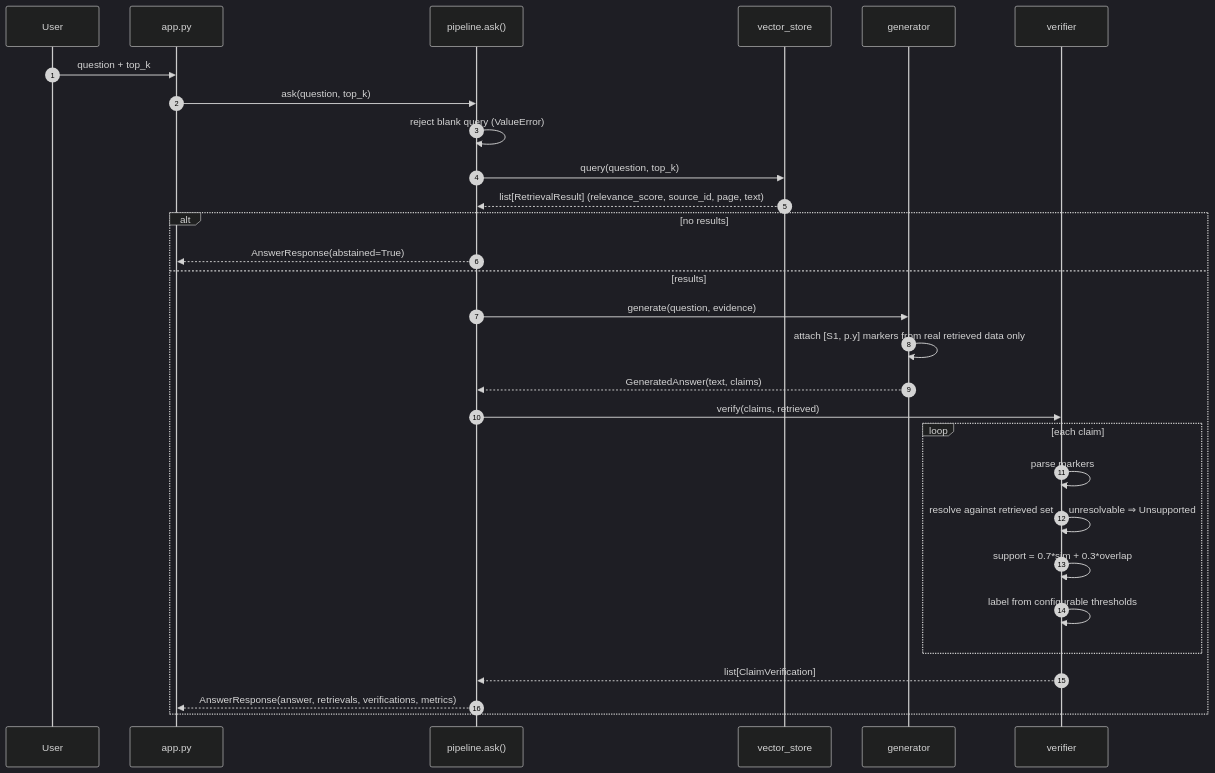
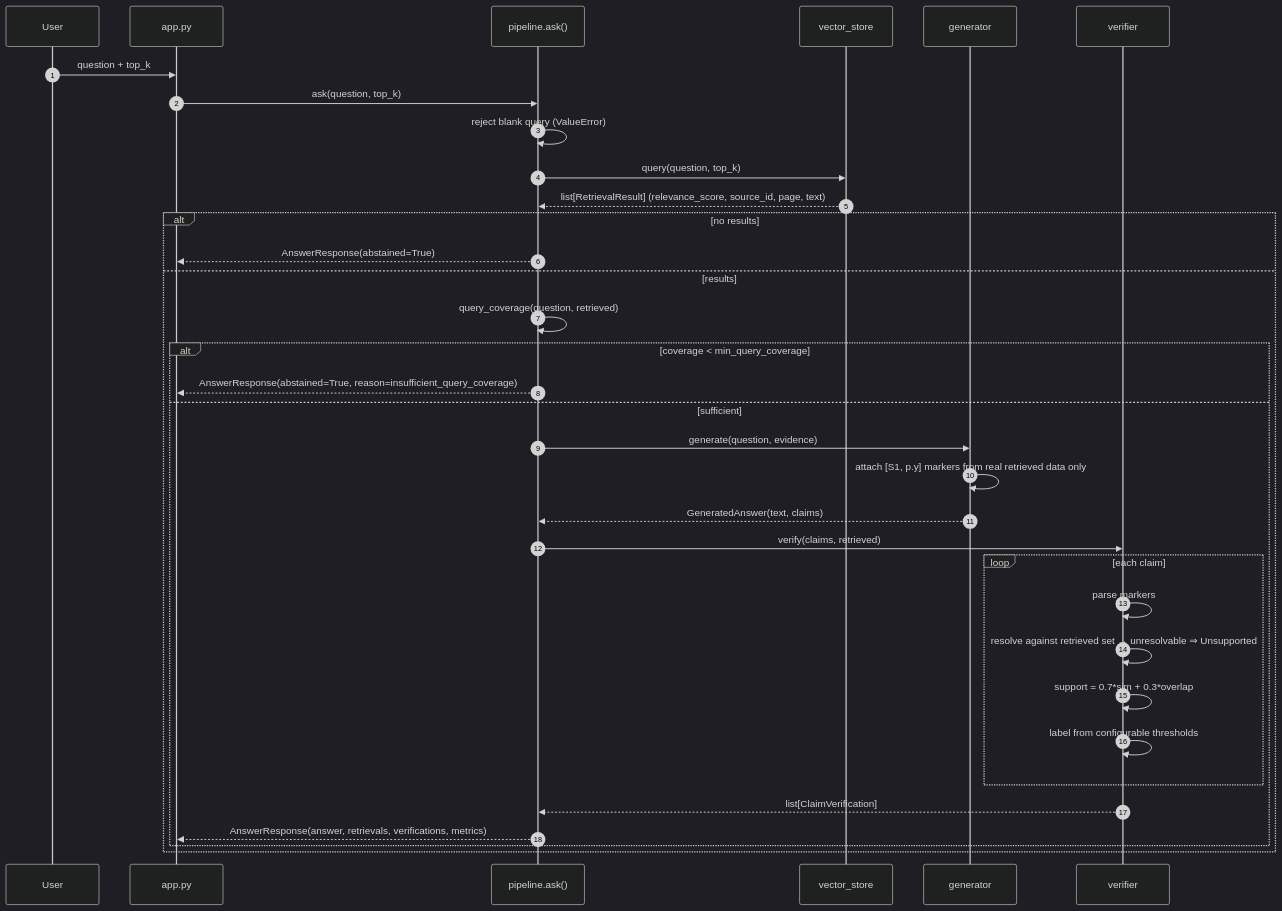
One commit to Purv-Jain/Aries changed the third of 5 diagrams in docs/04_SYSTEM_ARCHITECTURE.md. Above: the diagram before and after it, drawn with Mermaid (dark theme). The commit also changed other lines of this file and 21 other files, not shown here.

````diff
--- a/docs/04_SYSTEM_ARCHITECTURE.md
+++ b/docs/04_SYSTEM_ARCHITECTURE.md
@@ -88,32 +88,37 @@
 ```mermaid
 sequenceDiagram
     autonumber
     participant U as User
     participant UI as app.py
     participant P as pipeline.ask()
     participant S as vector_store
     participant G as generator
     participant V as verifier
 
     U->>UI: question + top_k
     UI->>P: ask(question, top_k)
     P->>P: reject blank query (ValueError)
     P->>S: query(question, top_k)
     S-->>P: list[RetrievalResult] (relevance_score, source_id, page, text)
     alt no results
         P-->>UI: AnswerResponse(abstained=True)
     else results
+        P->>P: query_coverage(question, retrieved)
+        alt coverage < min_query_coverage
+            P-->>UI: AnswerResponse(abstained=True, reason=insufficient_query_coverage)
+        else sufficient
         P->>G: generate(question, evidence)
         G->>G: attach [S1, p.y] markers from real retrieved data only
         G-->>P: GeneratedAnswer(text, claims)
         P->>V: verify(claims, retrieved)
         loop each claim
             V->>V: parse markers
             V->>V: resolve against retrieved set → unresolvable ⇒ Unsupported
             V->>V: support = 0.7*sim + 0.3*overlap
             V->>V: label from configurable thresholds
         end
         V-->>P: list[ClaimVerification]
         P-->>UI: AnswerResponse(answer, retrievals, verifications, metrics)
+        end
     end
 ```
````
